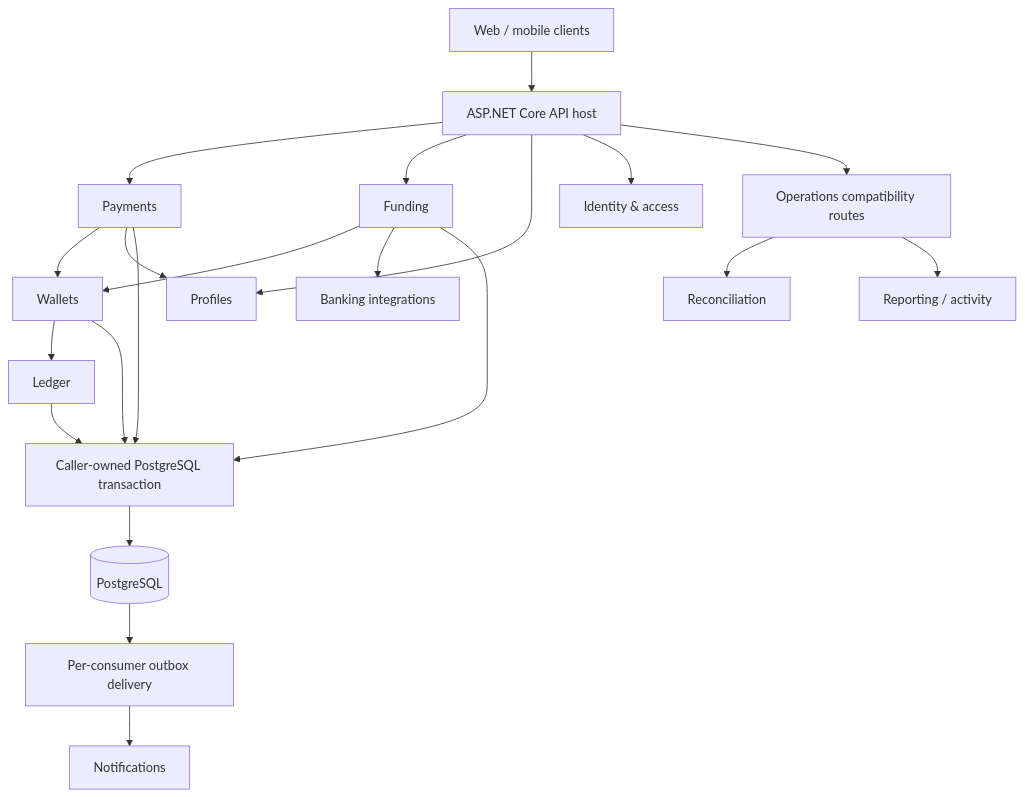
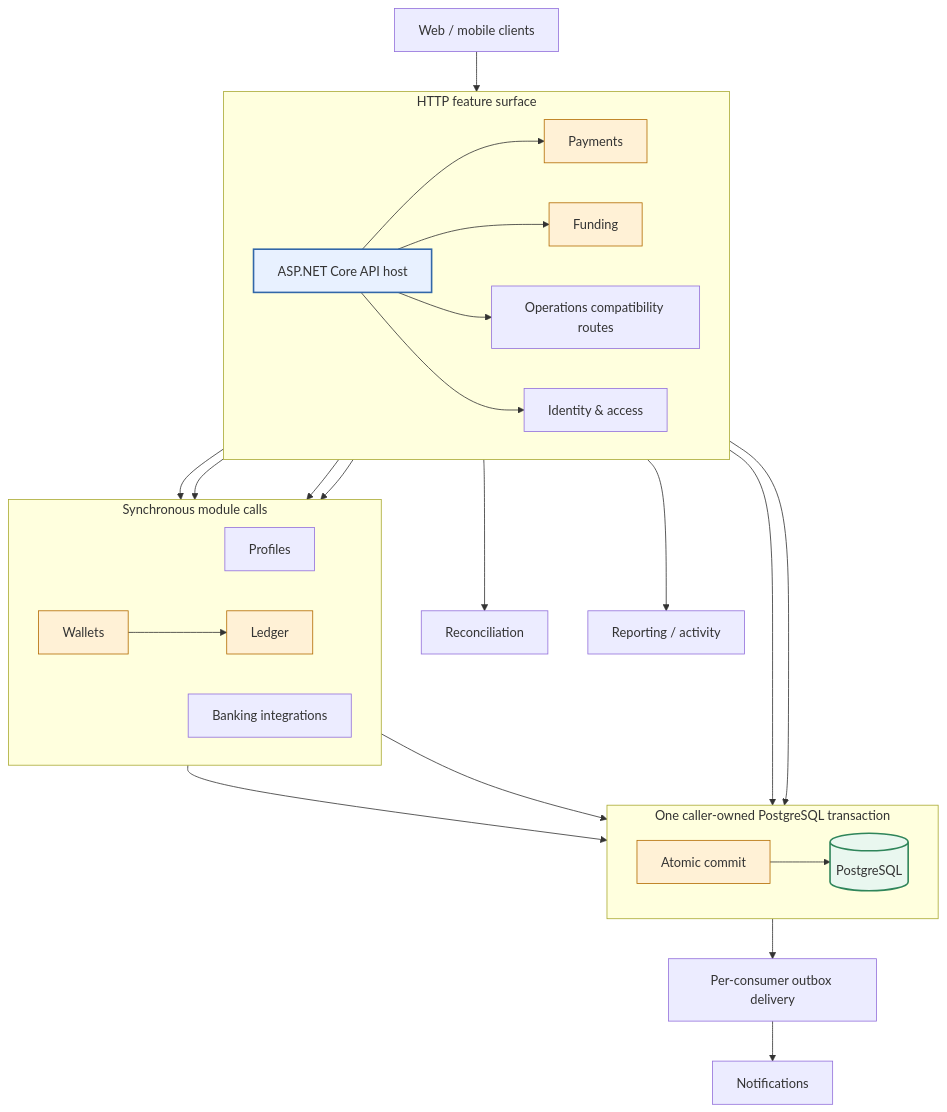
Before and after one commit to AnonymousWalker/senzy: the diagram in docs/BACKEND_ARCHITECTURE.md, drawn with Mermaid.

Commit message:
docs: improve backend architecture diagram

````diff
--- a/docs/BACKEND_ARCHITECTURE.md
+++ b/docs/BACKEND_ARCHITECTURE.md
@@ -23,23 +23,42 @@
 ```mermaid
-flowchart TD
+flowchart TB
     Clients[Web / mobile clients] --> Host[ASP.NET Core API host]
-    Host --> Payments[Payments]
-    Host --> Funding[Funding]
-    Host --> Profiles[Profiles]
-    Host --> Identity[Identity & access]
-    Host --> Reads[Operations compatibility routes]
-    Payments --> Wallets[Wallets]
-    Payments --> Profiles
-    Funding --> Wallets
-    Funding --> Banking[Banking integrations]
-    Wallets --> Ledger[Ledger]
-    Payments --> Tx[Caller-owned PostgreSQL transaction]
-    Funding --> Tx
-    Wallets --> Tx
-    Ledger --> Tx
-    Tx --> DB[(PostgreSQL)]
+
+    subgraph HTTP[HTTP feature surface]
+        direction LR
+        Host --> Payments[Payments]
+        Host --> Funding[Funding]
+        Host --> Operations[Operations compatibility routes]
+        Host --> Identity[Identity & access]
+    end
+
+    subgraph COMMANDS[Synchronous module calls]
+        direction LR
+        Payments --> Profiles[Profiles]
+        Payments --> Wallets[Wallets]
+        Funding --> Wallets
+        Funding --> Banking[Banking integrations]
+        Wallets --> Ledger[Ledger]
+    end
+
+    subgraph COMMIT[One caller-owned PostgreSQL transaction]
+        direction LR
+        Payments --> Tx[Atomic commit]
+        Funding --> Tx
+        Wallets --> Tx
+        Ledger --> Tx
+        Tx --> DB[(PostgreSQL)]
+    end
+
     DB --> Outbox[Per-consumer outbox delivery]
     Outbox --> Notifications[Notifications]
-    Reads --> Reconciliation[Reconciliation]
-    Reads --> Reporting[Reporting / activity]
+    Operations --> Reconciliation[Reconciliation]
+    Operations --> Reporting[Reporting / activity]
+
+    classDef host fill:#e8f1ff,stroke:#3267a8,stroke-width:2px;
+    classDef critical fill:#fff1d6,stroke:#b36b00,stroke-width:1px;
+    classDef storage fill:#e9f7ef,stroke:#2f855a,stroke-width:2px;
+    class Host host;
+    class Payments,Funding,Wallets,Ledger,Tx critical;
+    class DB storage;
 ```
````
